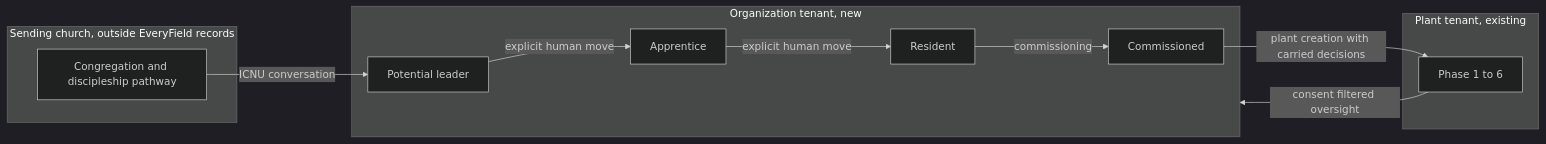
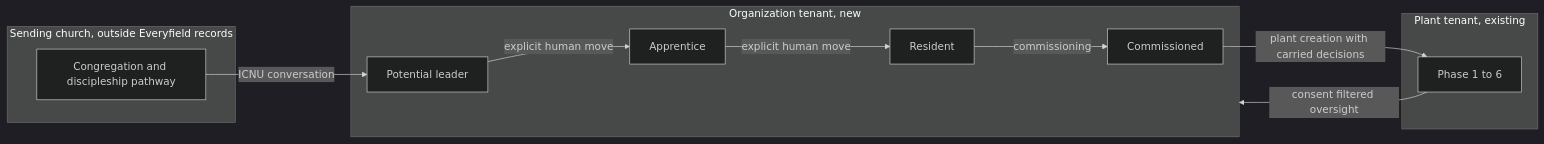
Before and after one commit to SebastianGarces/everyfield: the diagram in docs/product/adr-001-multiplication-pathway.md, drawn with Mermaid (dark theme). The commit also changed other lines of this file and 54 other files, not shown here.

````diff
--- a/docs/product/adr-001-multiplication-pathway.md
+++ b/docs/product/adr-001-multiplication-pathway.md
@@ -99,21 +99,21 @@
 ```mermaid
 flowchart LR
-  subgraph Church[Sending church, outside EveryField records]
+  subgraph Church[Sending church, outside Everyfield records]
     L[Congregation and discipleship pathway]
   end
   subgraph Org[Organization tenant, new]
     P[Potential leader]
     A[Apprentice]
     R[Resident]
     C[Commissioned]
   end
   subgraph Plant[Plant tenant, existing]
     P1[Phase 1 to 6]
   end
   L -- ICNU conversation --> P
   P -- explicit human move --> A
   A -- explicit human move --> R
   R -- commissioning --> C
   C -- plant creation with carried decisions --> P1
   P1 -- consent filtered oversight --> Org
 ```
````
